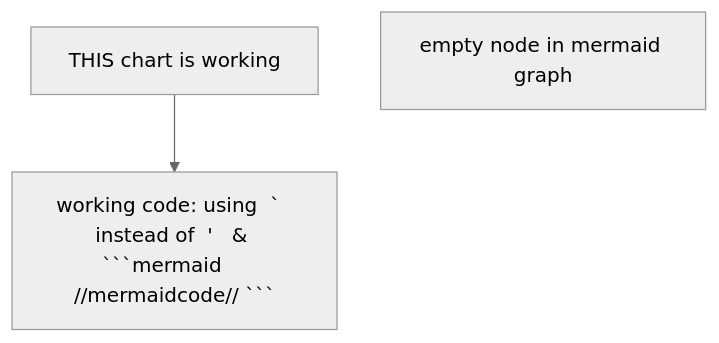
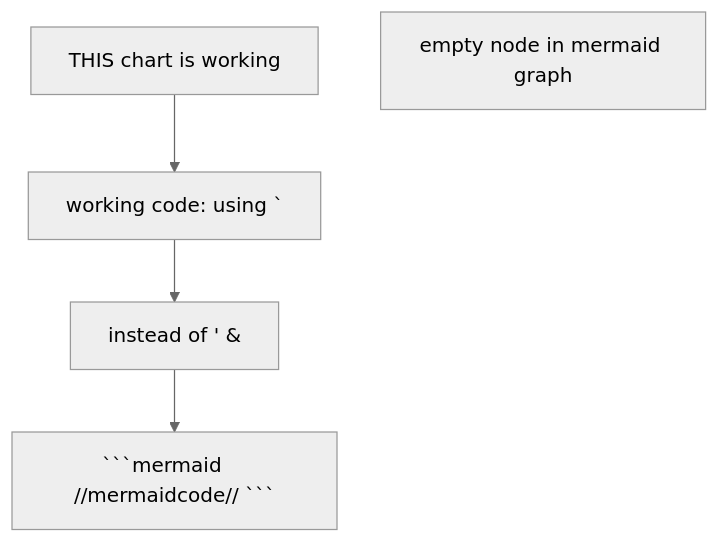
One commit to Triton-S/Cookie_world changed the diagram in README.md. Above: the diagram before and after it, drawn with Mermaid (neutral theme).

````diff
--- a/README.md
+++ b/README.md
@@ -1,5 +1,5 @@
 ```mermaid
 graph TD
-    A[THIS chart is working]-->B[working code: using  `  instead of  '   & ```mermaid    //mermaidcode// ```]
+    A[THIS chart is working]-->B[working code: using  `]-->D[instead of  '   &]-->F[```mermaid    //mermaidcode// ```]
     C[empty node in mermaid graph]
 ```
````
